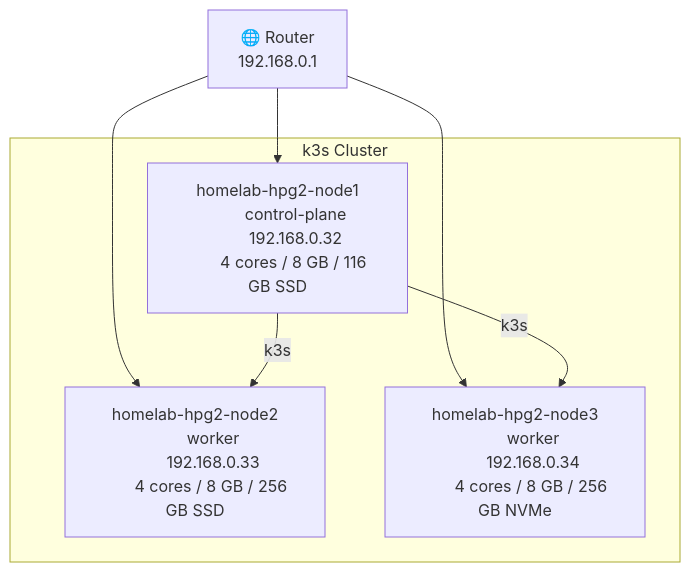
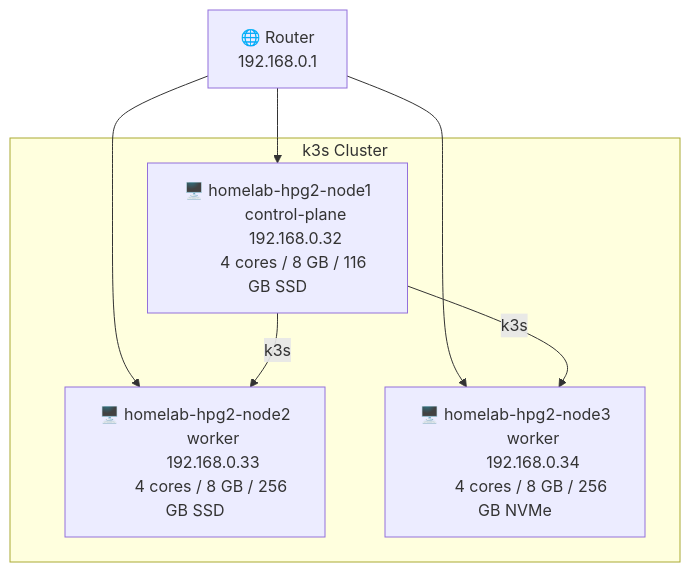
Before and after one commit to shubhamwagh/homeops: the diagram in infrastructure/metal/README.md, drawn with Mermaid.

Commit message:
docs: add PC emoji to node labels in cluster diagram

````diff
--- a/infrastructure/metal/README.md
+++ b/infrastructure/metal/README.md
@@ -3,28 +3,28 @@
 ```mermaid
 graph TD
     Router["🌐 Router
     192.168.0.1"]
 
     subgraph cluster["k3s Cluster"]
-        CP["homelab-hpg2-node1
+        CP["🖥️ homelab-hpg2-node1
         control-plane
         192.168.0.32
         4 cores / 8 GB / 116 GB SSD"]
 
-        W1["homelab-hpg2-node2
+        W1["🖥️ homelab-hpg2-node2
         worker
         192.168.0.33
         4 cores / 8 GB / 256 GB SSD"]
 
-        W2["homelab-hpg2-node3
+        W2["🖥️ homelab-hpg2-node3
         worker
         192.168.0.34
         4 cores / 8 GB / 256 GB NVMe"]
     end
 
     Router --> CP
     Router --> W1
     Router --> W2
     CP -- k3s --> W1
     CP -- k3s --> W2
 ```
````
